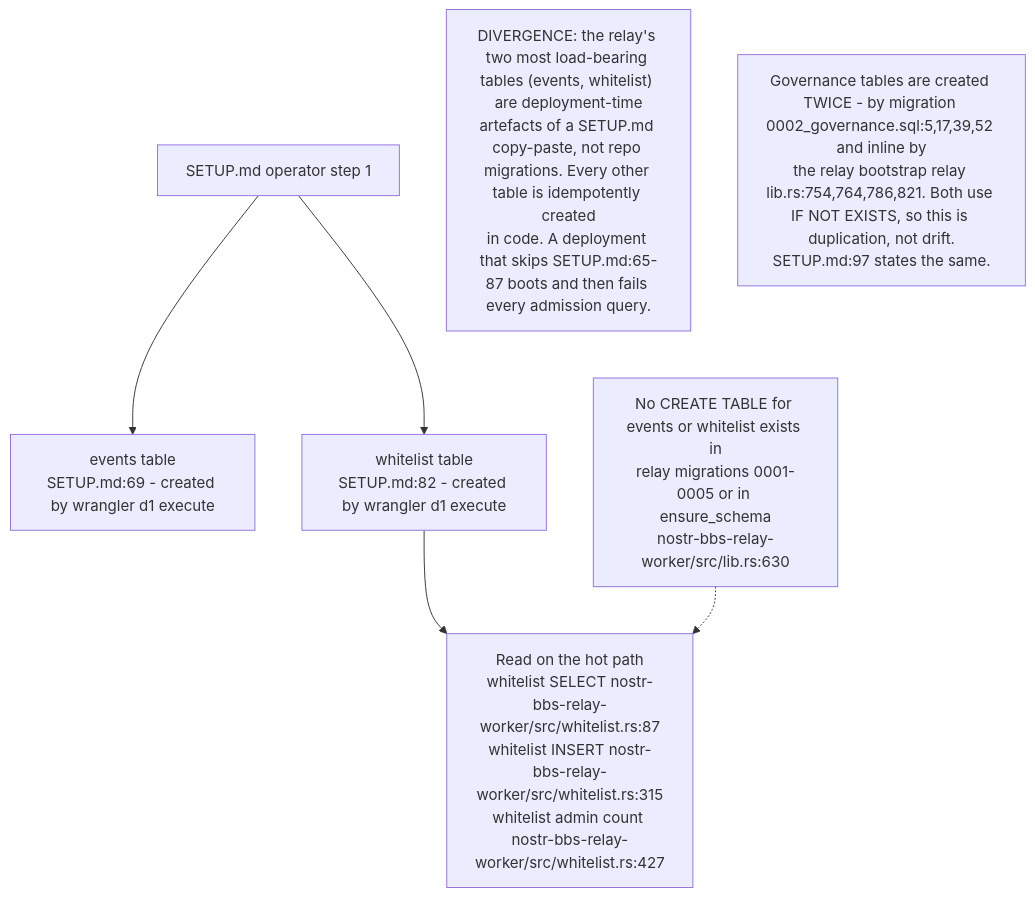
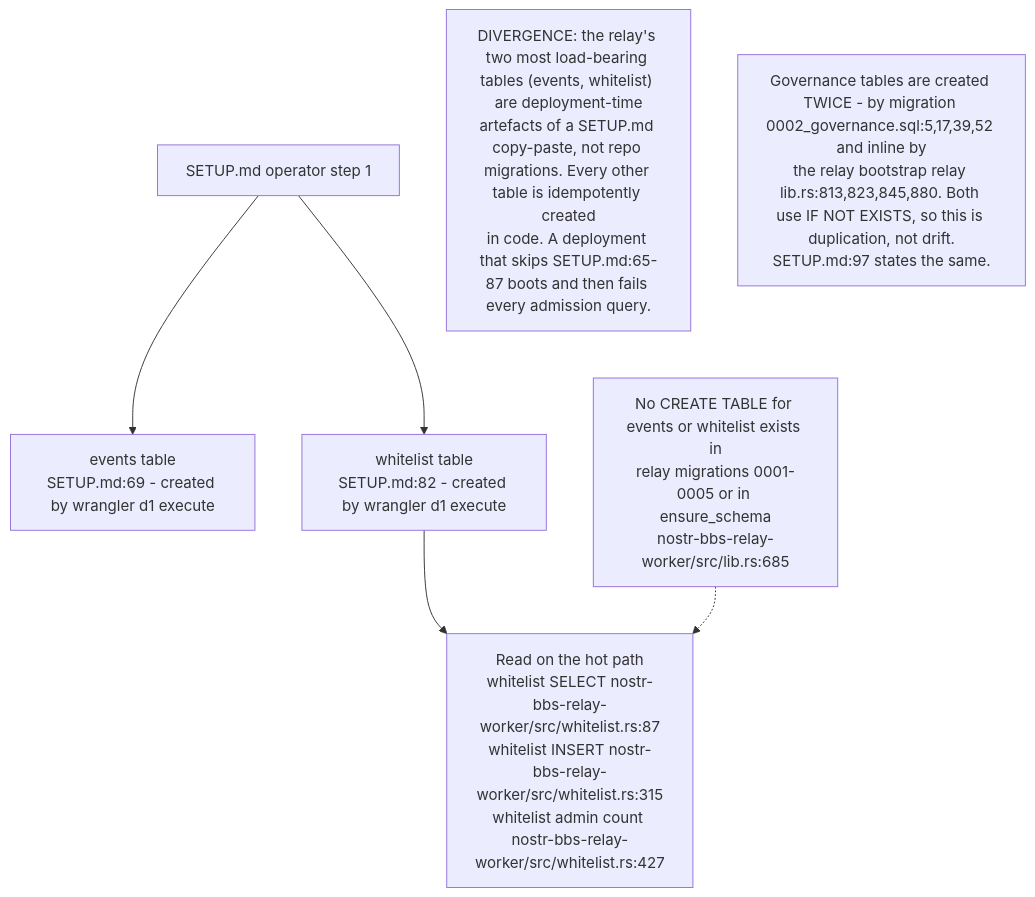
One commit to DreamLab-AI/VisionFlow changed the sixth of 9 diagrams in docs/diagrams/nostr-rust-forum/08-config-zones-stores-and-admin-authority.md. Above: the diagram before and after it, drawn with Mermaid. The commit also changed other lines of this file and 136 other files, not shown here.

First line of the commit message:
docs(diagrams): refresh the whole corpus to code HEAD and prune low-value diagrams

````diff
--- a/docs/diagrams/nostr-rust-forum/08-config-zones-stores-and-admin-authority.md
+++ b/docs/diagrams/nostr-rust-forum/08-config-zones-stores-and-admin-authority.md
@@ -178,16 +187,16 @@
 ```mermaid
 flowchart TB
     SETUP["SETUP.md operator step 1"]
     EVENTS["events table<br/>SETUP.md:69 - created by wrangler d1 execute"]
     WL["whitelist table<br/>SETUP.md:82 - created by wrangler d1 execute"]
     READERS["Read on the hot path<br/>whitelist SELECT nostr-bbs-relay-worker/src/whitelist.rs:87<br/>whitelist INSERT nostr-bbs-relay-worker/src/whitelist.rs:315<br/>whitelist admin count nostr-bbs-relay-worker/src/whitelist.rs:427"]
-    NOCREATE["No CREATE TABLE for events or whitelist exists in<br/>relay migrations 0001-0005 or in ensure_schema<br/>nostr-bbs-relay-worker/src/lib.rs:630"]
+    NOCREATE["No CREATE TABLE for events or whitelist exists in<br/>relay migrations 0001-0005 or in ensure_schema<br/>nostr-bbs-relay-worker/src/lib.rs:685"]
 
     SETUP --> EVENTS
     SETUP --> WL
     WL --> READERS
     NOCREATE -.-> READERS
 
     N1["DIVERGENCE: the relay's two most load-bearing tables (events, whitelist) are deployment-time<br/>artefacts of a SETUP.md copy-paste, not repo migrations. Every other table is idempotently created<br/>in code. A deployment that skips SETUP.md:65-87 boots and then fails every admission query."]
-    N2["Governance tables are created TWICE - by migration 0002_governance.sql:5,17,39,52 and inline by<br/>the relay bootstrap relay lib.rs:754,764,786,821. Both use IF NOT EXISTS, so this is duplication, not drift.<br/>SETUP.md:97 states the same."]
+    N2["Governance tables are created TWICE - by migration 0002_governance.sql:5,17,39,52 and inline by<br/>the relay bootstrap relay lib.rs:813,823,845,880. Both use IF NOT EXISTS, so this is duplication, not drift.<br/>SETUP.md:97 states the same."]
 ```
````
